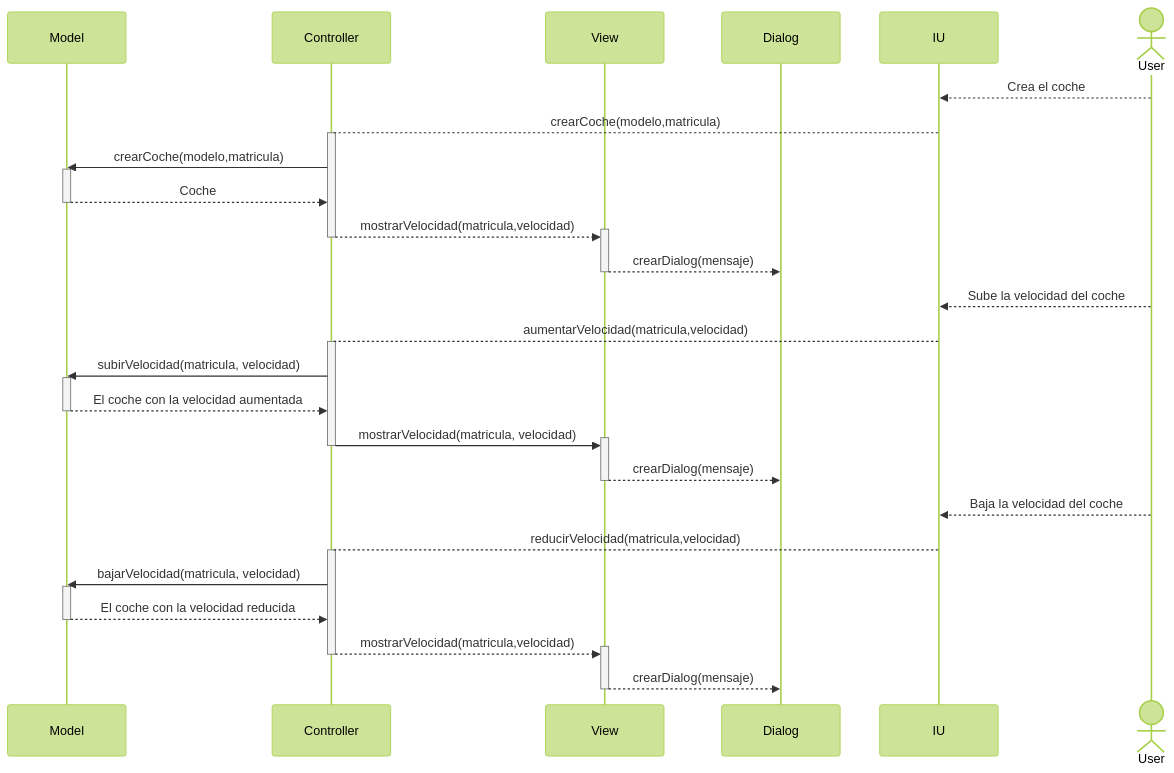
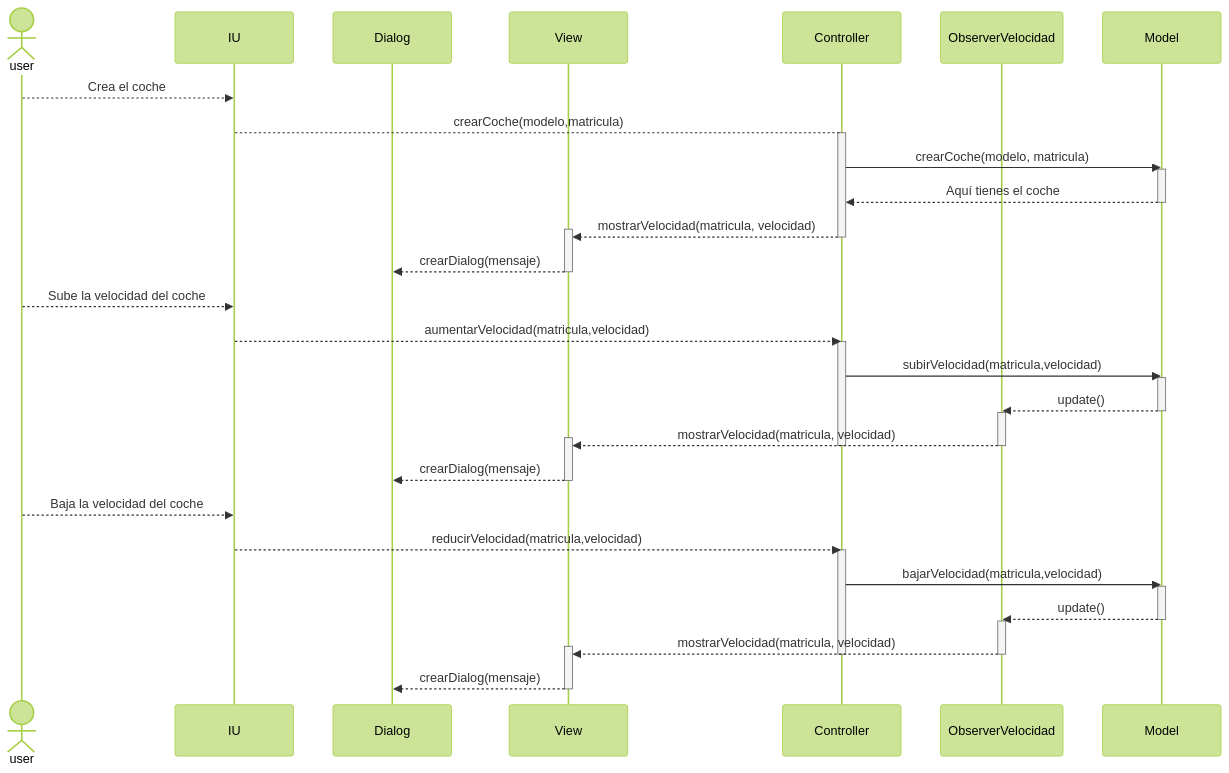
One commit to LuciaB16/MVC_coches changed the third of 4 diagrams in Readme.md. Above: the diagram before and after it, drawn with Mermaid (forest theme). The commit also changed other lines of this file, not shown here.

Commit message:
Actualización Readme Observer

````diff
--- a/Readme.md
+++ b/Readme.md
@@ -100,43 +117,48 @@
 ```mermaid
 sequenceDiagram
-    participant Model
-    participant Controller
-    participant View
-    participant Dialog
-    participant IU
-    actor User
+        actor user    
+        participant IU
+        participant Dialog
+        participant View
+        participant Controller
+        participant ObserverVelocidad
+        participant Model
     
-    User-->>IU: Crea el coche
+    user-->>IU: Crea el coche
     IU-->Controller: crearCoche(modelo,matricula)
     activate Controller
-    Controller->>Model: crearCoche(modelo,matricula)
+    Controller->>Model: crearCoche(modelo, matricula)
     activate Model
-    Model-->>Controller: Coche
+    Model-->>Controller: Aquí tienes el coche
     deactivate Model
-    Controller-->>+View: mostrarVelocidad(matricula,velocidad)
-    deactivate Controller
-    View-->>-Dialog: crearDialog(mensaje)
-       
-    User-->>IU: Sube la velocidad del coche
-    IU-->Controller: aumentarVelocidad(matricula,velocidad)
-    activate Controller    
-    Controller->>Model: subirVelocidad(matricula, velocidad)
-    activate Model
-    Model-->>Controller: El coche con la velocidad aumentada
-    deactivate Model
-    Controller->>+View: mostrarVelocidad(matricula, velocidad)
+    Controller-->>+View: mostrarVelocidad(matricula, velocidad)
     deactivate Controller
     View-->>-Dialog: crearDialog(mensaje)
     
-    User-->>IU: Baja la velocidad del coche
-    IU-->Controller: reducirVelocidad(matricula,velocidad)
-    activate Controller       
-    Controller->>Model: bajarVelocidad(matricula, velocidad)
+    user-->>IU: Sube la velocidad del coche
+    IU-->>Controller: aumentarVelocidad(matricula,velocidad)
+    activate Controller
+    Controller->>Model: subirVelocidad(matricula,velocidad)
     activate Model
-    Model-->>Controller: El coche con la velocidad reducida
+    Model-->>ObserverVelocidad: update()
     deactivate Model
-    Controller-->>+View: mostrarVelocidad(matricula,velocidad)
+    activate ObserverVelocidad
+    ObserverVelocidad-->>+View: mostrarVelocidad(matricula, velocidad)
+    deactivate ObserverVelocidad
+    deactivate Controller
+    View-->>-Dialog: crearDialog(mensaje)
+    
+    user-->>IU: Baja la velocidad del coche
+    IU-->>Controller: reducirVelocidad(matricula,velocidad)
+    activate Controller
+    Controller->>Model: bajarVelocidad(matricula,velocidad)
+    activate Model
+    Model-->>ObserverVelocidad: update()
+    deactivate Model
+    activate ObserverVelocidad
+    ObserverVelocidad-->>+View: mostrarVelocidad(matricula, velocidad)
+    deactivate ObserverVelocidad
     deactivate Controller
     View-->>-Dialog: crearDialog(mensaje)
     
    ```
````
